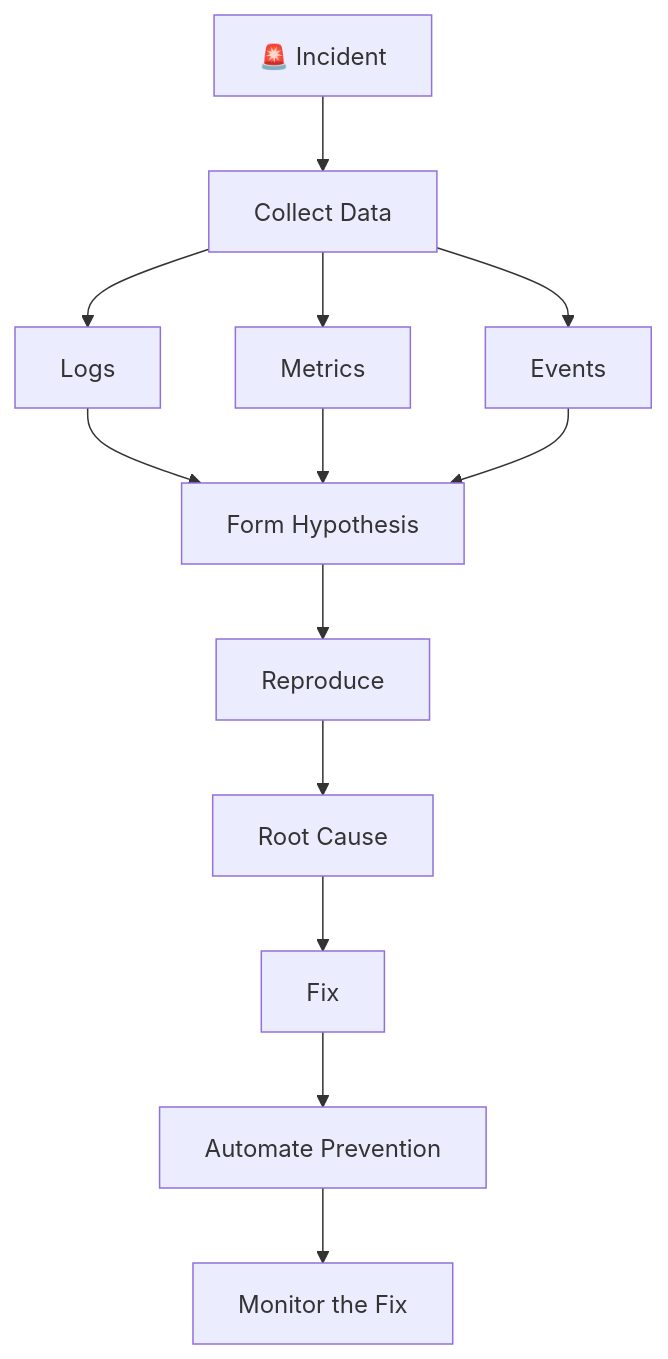
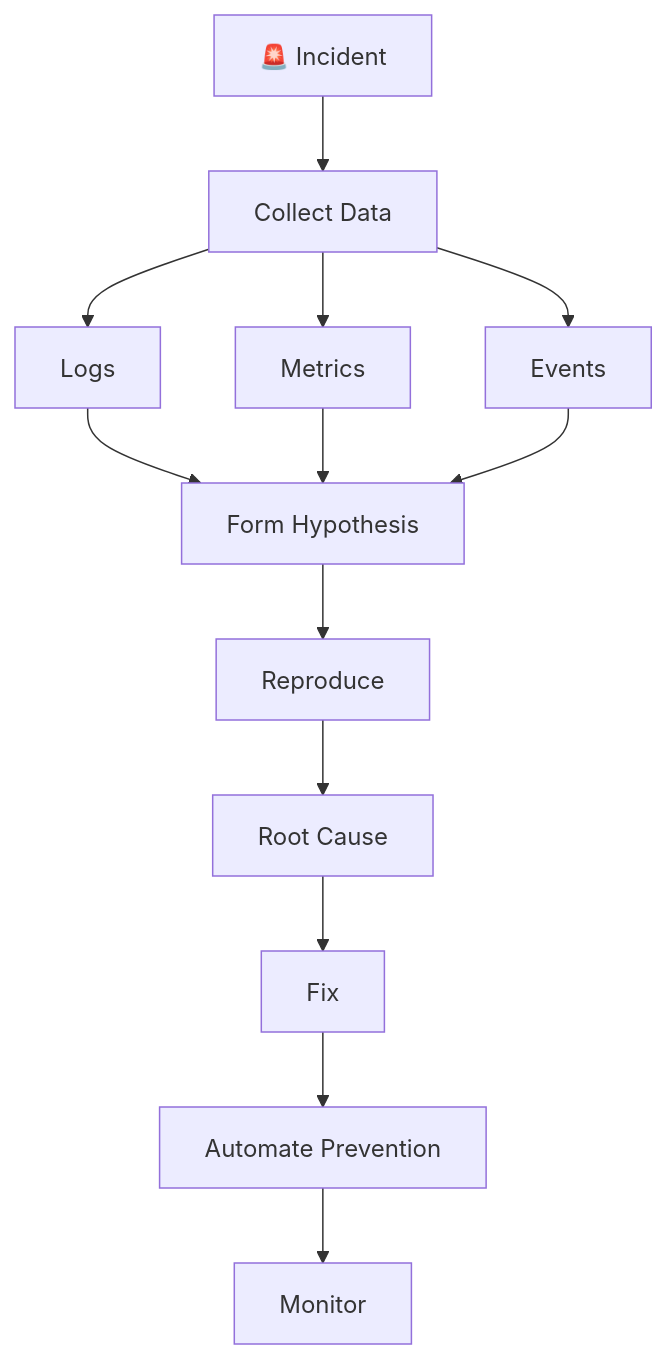
One commit to ramdrazler1/ramdrazler1 changed the fifth of 6 diagrams in README.md. Above: the diagram before and after it, drawn with Mermaid. The commit also changed other lines of this file, not shown here.

````diff
--- a/README.md
+++ b/README.md
@@ -765,15 +485,15 @@
 ```mermaid
 flowchart TD
-    Incident[🚨 Incident] --> Data[Collect Data]
-    Data --> Logs[Logs]
-    Data --> Metrics[Metrics]
-    Data --> Events[Events]
-    Logs --> Hypothesis[Form Hypothesis]
+    Incident["🚨 Incident"] --> Data["Collect Data"]
+    Data --> Logs["Logs"]
+    Data --> Metrics["Metrics"]
+    Data --> Events["Events"]
+    Logs --> Hypothesis["Form Hypothesis"]
     Metrics --> Hypothesis
     Events --> Hypothesis
-    Hypothesis --> Reproduce[Reproduce]
-    Reproduce --> RCA[Root Cause]
-    RCA --> Fix[Fix]
-    Fix --> Prevent[Automate Prevention]
-    Prevent --> Monitor[Monitor the Fix]
+    Hypothesis --> Reproduce["Reproduce"]
+    Reproduce --> RCA["Root Cause"]
+    RCA --> Fix["Fix"]
+    Fix --> Prevent["Automate Prevention"]
+    Prevent --> Monitor["Monitor"]
 ```
````
